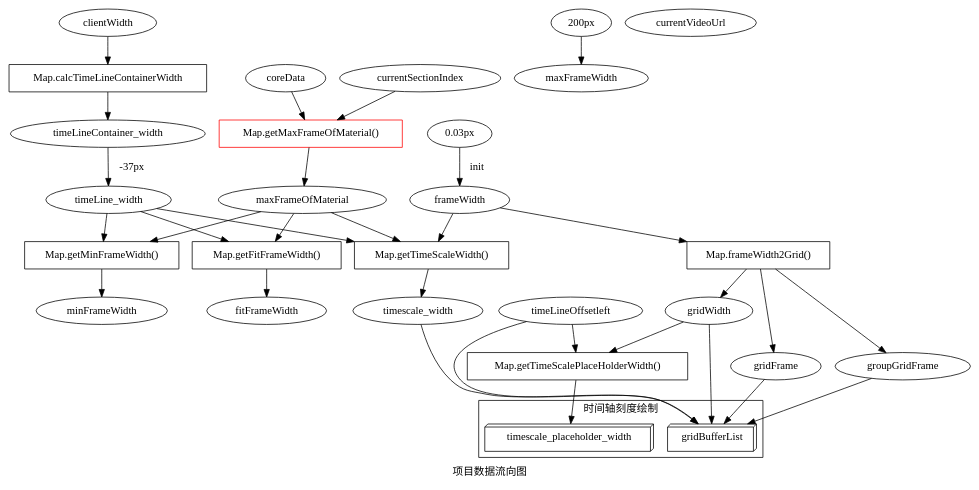
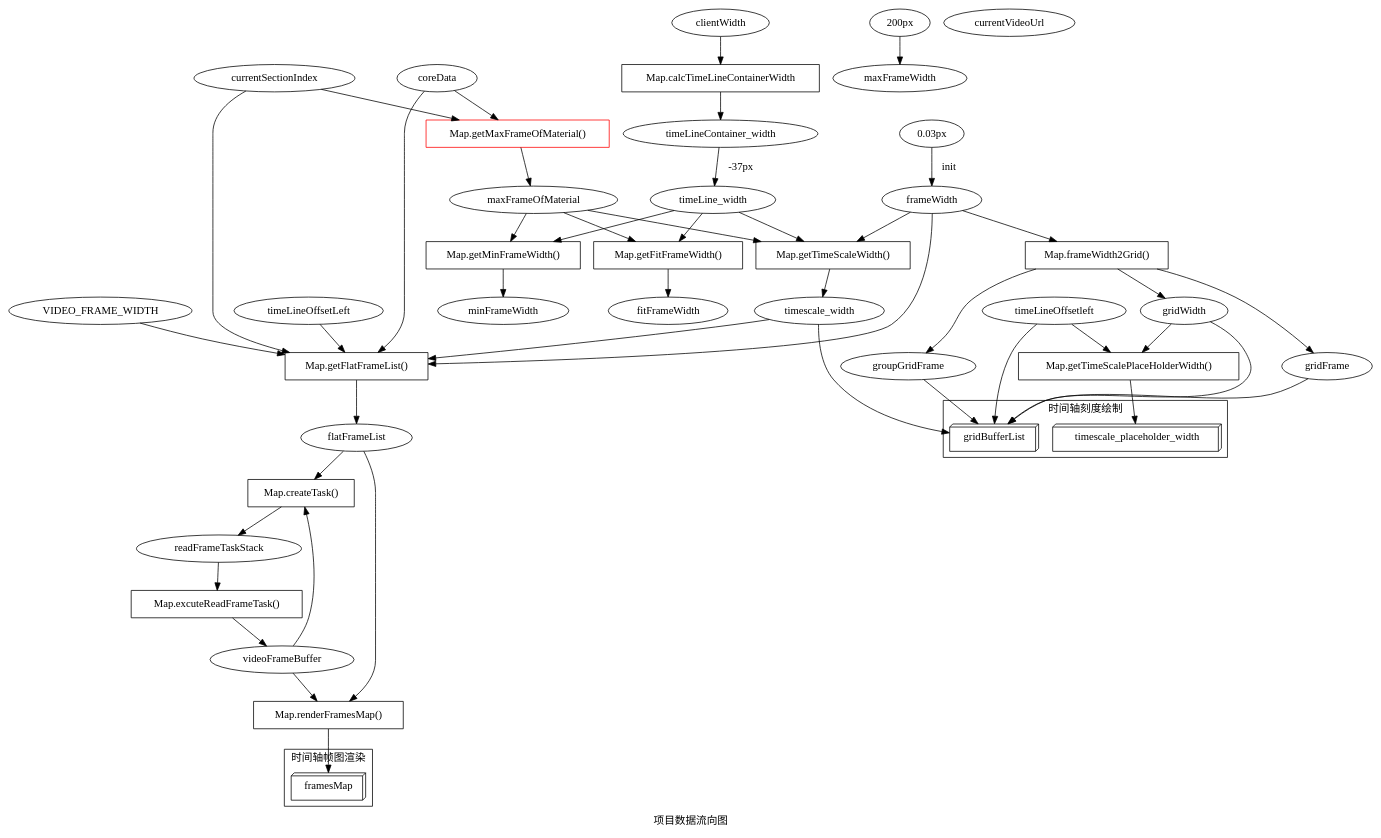
The diagram in README.dot (SartreShao/video-editor.webassembly), drawn with Graphviz before and after one commit. The commit also changed 5 other files, not shown here.

```diff
--- a/README.dot
+++ b/README.dot
@@ -1,95 +1,120 @@
 digraph examle1 {
   label = "项目数据流向图";
   // 帧宽度
   frameWidth;
 
   // 格子宽度
   gridWidth;
 
   // 格子内帧数
   gridFrame;
 
   // 组格子内帧数
   groupGridFrame;
 
   // 时间轴容器宽度
   timeLineContainer_width;
 
   // 时间轴宽度
   timeLine_width;
 
   // 时间轴刻度尺度宽
   timescale_width;
 
   // 时间轴素材最大帧数
   maxFrameOfMaterial;
 
   // 最大帧宽度
   maxFrameWidth; 
 
   // 最小帧宽度
   minFrameWidth;
 
   // 合适帧宽度
   fitFrameWidth;
 
   // 当前播放的视频 URL
   currentVideoUrl;
 
   // 项目核心数据
   coreData;
 
   // UI 数据 -------------------------------------
   subgraph cluster_UI{//聚集子图
       node[shape=box];
       label="时间轴刻度绘制"
       gridBufferList[shape="box3d"];
       timescale_placeholder_width[shape="box3d"]
   }
+
+  subgraph cluster_UIs{
+    node[shape=box];
+    label="时间轴帧图渲染"
+    framesMap[shape="box3d"]
+  }
   
 
   // 方法 ----------------------------------------
   frameWidth2Grid[shape=box,label="Map.frameWidth2Grid()"];
 
   getTimeScaleWidth[shape=box, label="Map.getTimeScaleWidth()"]
 
   calcTimeLineContainerWidth[shape=box, label="Map.calcTimeLineContainerWidth"]
 
   getFitFrameWidth[shape=box, label="Map.getFitFrameWidth()"]
 
   getMinFrameWidth[shape=box, label="Map.getMinFrameWidth()"]
 
   getMaxFrameOfMaterial[shape=box, label="Map.getMaxFrameOfMaterial()",color=red];
 
   getTimeScalePlaceHolderWidth[shape=box, label="Map.getTimeScalePlaceHolderWidth()"]
+
+  getFlatFrameList[shape=box, label="Map.getFlatFrameList()"]
+
+  createTask[shape=box, label="Map.createTask()"]
+
+  renderFramesMap[shape=box, label="Map.renderFramesMap()"]
+
+  excuteReadFrameTask[shape=box, label="Map.excuteReadFrameTask()"]
 
   // 获取帧宽度
   "0.03px"->frameWidth[label="   init"];
   
   // 渲染帧宽度
   frameWidth->frameWidth2Grid->gridWidth,gridFrame,groupGridFrame;
 
   // 获取屏幕宽度、时间轴显示宽度
   clientWidth->calcTimeLineContainerWidth->timeLineContainer_width;
   timeLineContainer_width->timeLine_width[label="   -37px"];
 
   // 获取时间轴实际宽度
   frameWidth,timeLine_width,maxFrameOfMaterial->getTimeScaleWidth->timescale_width;
 
   // 当前的最大帧宽度
   "200px"->maxFrameWidth;
 
   // 当前合适的帧宽度
   maxFrameOfMaterial,timeLine_width->getFitFrameWidth->fitFrameWidth;
 
   // 当前最小的帧宽度
   maxFrameOfMaterial,timeLine_width->getMinFrameWidth->minFrameWidth;
 
   coreData,currentSectionIndex->getMaxFrameOfMaterial->maxFrameOfMaterial;
 
   // gridBufferList
   gridWidth,groupGridFrame,gridFrame,timeLineOffsetleft,timescale_width->gridBufferList;
 
   timeLineOffsetleft, gridWidth->getTimeScalePlaceHolderWidth->timescale_placeholder_width;
   
+  // flatFrameList
+  VIDEO_FRAME_WIDTH, coreData, frameWidth, currentSectionIndex, timeLineOffsetLeft, timescale_width->getFlatFrameList->flatFrameList;
+
+  // createTask
+  flatFrameList, videoFrameBuffer->createTask->readFrameTaskStack;
+
+  // renderFramesMap
+  flatFrameList, videoFrameBuffer->renderFramesMap->framesMap;
+
+  // excuteReadFrameTask
+  readFrameTaskStack->excuteReadFrameTask->videoFrameBuffer
 }
```
